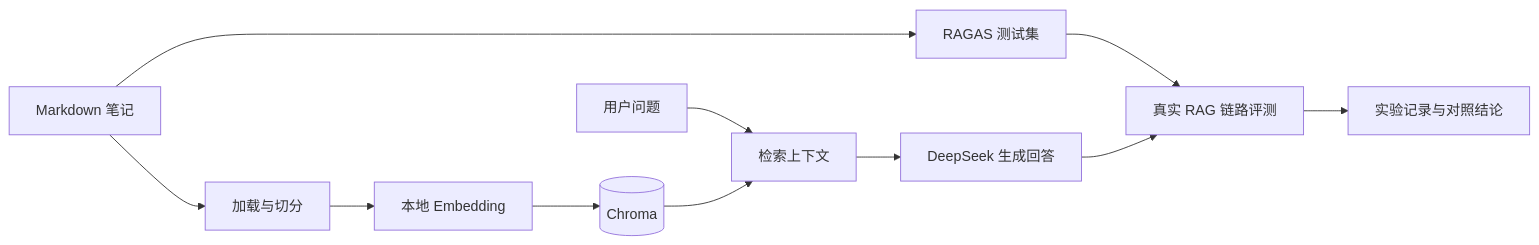
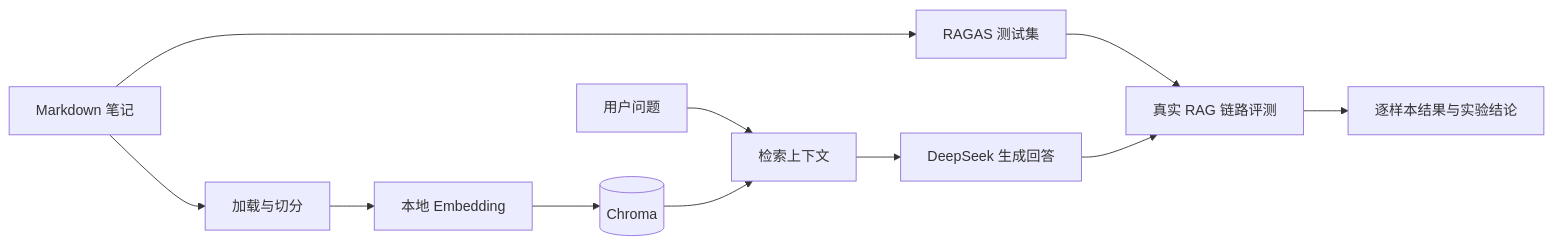
Before and after one commit to WenEnguang/RAG: the first of 2 diagrams in README.md, drawn with Mermaid. The commit also changed other lines of this file, not shown here.

````diff
--- a/README.md
+++ b/README.md
@@ -34,15 +63,15 @@
 ```mermaid
 flowchart LR
     A[Markdown 笔记] --> B[加载与切分]
     B --> C[本地 Embedding]
     C --> D[(Chroma)]
 
     Q[用户问题] --> R[检索上下文]
     D --> R
     R --> G[DeepSeek 生成回答]
 
     A --> T[RAGAS 测试集]
     T --> E[真实 RAG 链路评测]
     G --> E
-    E --> X[实验记录与对照结论]
+    E --> X[逐样本结果与实验结论]
 ```
````
